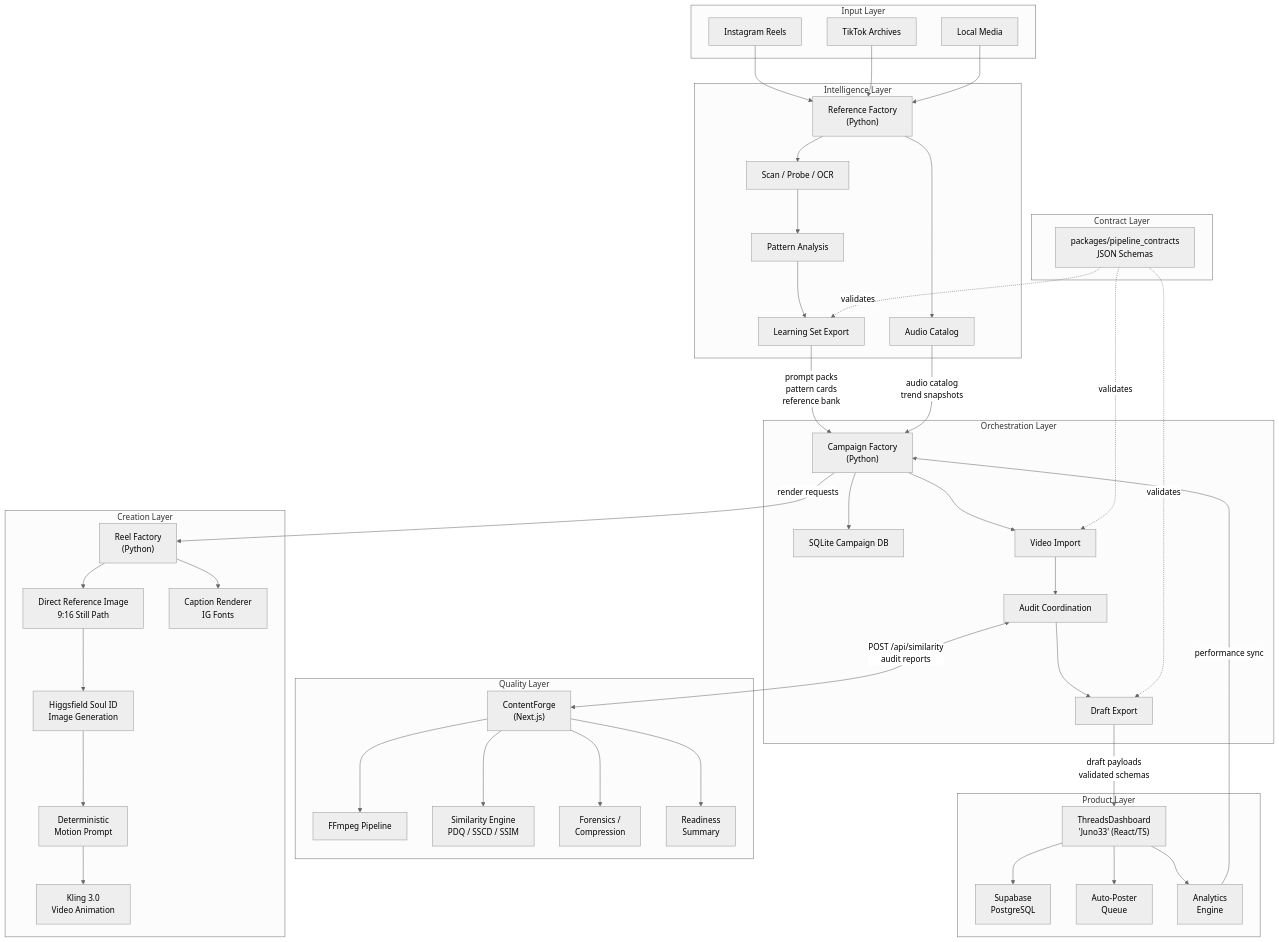
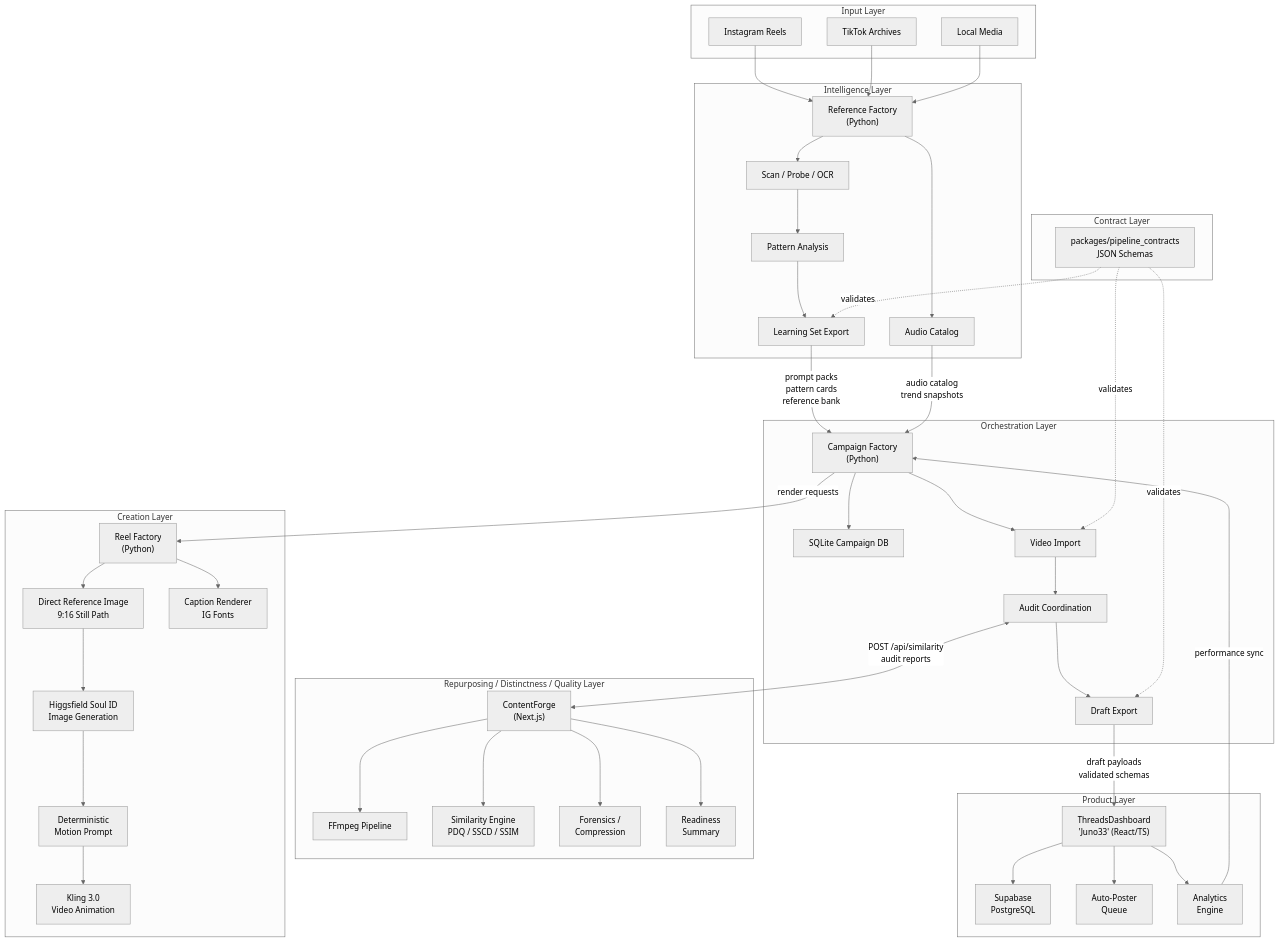
One commit to adersouza/creator-os changed the first of 5 diagrams in ARCHITECTURE.md. Above: the diagram before and after it, drawn with Mermaid (neutral theme). The commit also changed other lines of this file and 4 other files, not shown here.

````diff
--- a/ARCHITECTURE.md
+++ b/ARCHITECTURE.md
@@ -9,81 +9,81 @@
 ```mermaid
 graph TB
     subgraph Input["Input Layer"]
         IG["Instagram Reels"]
         TT["TikTok Archives"]
         LOCAL["Local Media"]
     end
 
     subgraph Intelligence["Intelligence Layer"]
         RF["Reference Factory<br/>(Python)"]
         RF_SCAN["Scan / Probe / OCR"]
         RF_LEARN["Pattern Analysis"]
         RF_AUDIO["Audio Catalog"]
         RF_EXPORT["Learning Set Export"]
         RF --> RF_SCAN --> RF_LEARN --> RF_EXPORT
         RF --> RF_AUDIO
     end
 
     subgraph Creation["Creation Layer"]
         REEL["Reel Factory<br/>(Python)"]
         DIRECT["Direct Reference Image<br/>9:16 Still Path"]
         MOTION["Deterministic<br/>Motion Prompt"]
         HF["Higgsfield Soul ID<br/>Image Generation"]
         KLING["Kling 3.0<br/>Video Animation"]
         CAP["Caption Renderer<br/>IG Fonts"]
         REEL --> DIRECT --> HF --> MOTION --> KLING
         REEL --> CAP
     end
 
     subgraph Orchestration["Orchestration Layer"]
         CF["Campaign Factory<br/>(Python)"]
         CF_DB["SQLite Campaign DB"]
         CF_IMPORT["Video Import"]
         CF_AUDIT["Audit Coordination"]
         CF_EXPORT["Draft Export"]
         CF --> CF_DB
         CF --> CF_IMPORT --> CF_AUDIT --> CF_EXPORT
     end
 
-    subgraph Quality["Quality Layer"]
+    subgraph Quality["Repurposing / Distinctness / Quality Layer"]
         CFG["ContentForge<br/>(Next.js)"]
         FFM["FFmpeg Pipeline"]
         SIM["Similarity Engine<br/>PDQ / SSCD / SSIM"]
         FORENSICS["Forensics /<br/>Compression"]
         READY["Readiness<br/>Summary"]
         CFG --> FFM
         CFG --> SIM
         CFG --> FORENSICS
         CFG --> READY
     end
 
     subgraph Product["Product Layer"]
         TD["ThreadsDashboard<br/>'Juno33' (React/TS)"]
         SUPA["Supabase<br/>PostgreSQL"]
         AUTO["Auto-Poster<br/>Queue"]
         ANALYTICS["Analytics<br/>Engine"]
         TD --> SUPA
         TD --> AUTO
         TD --> ANALYTICS
     end
 
     subgraph Contracts["Contract Layer"]
         PC["packages/pipeline_contracts<br/>JSON Schemas"]
     end
 
     IG --> RF
     TT --> RF
     LOCAL --> RF
 
     RF_EXPORT -->|"prompt packs<br/>pattern cards<br/>reference bank"| CF
     RF_AUDIO -->|"audio catalog<br/>trend snapshots"| CF
 
     CF -->|"render requests"| REEL
     CF_AUDIT <-->|"POST /api/similarity<br/>audit reports"| CFG
     CF_EXPORT -->|"draft payloads<br/>validated schemas"| TD
     ANALYTICS -->|"performance sync"| CF
 
     PC -.->|"validates"| CF_EXPORT
     PC -.->|"validates"| CF_IMPORT
     PC -.->|"validates"| RF_EXPORT
 ```
````
